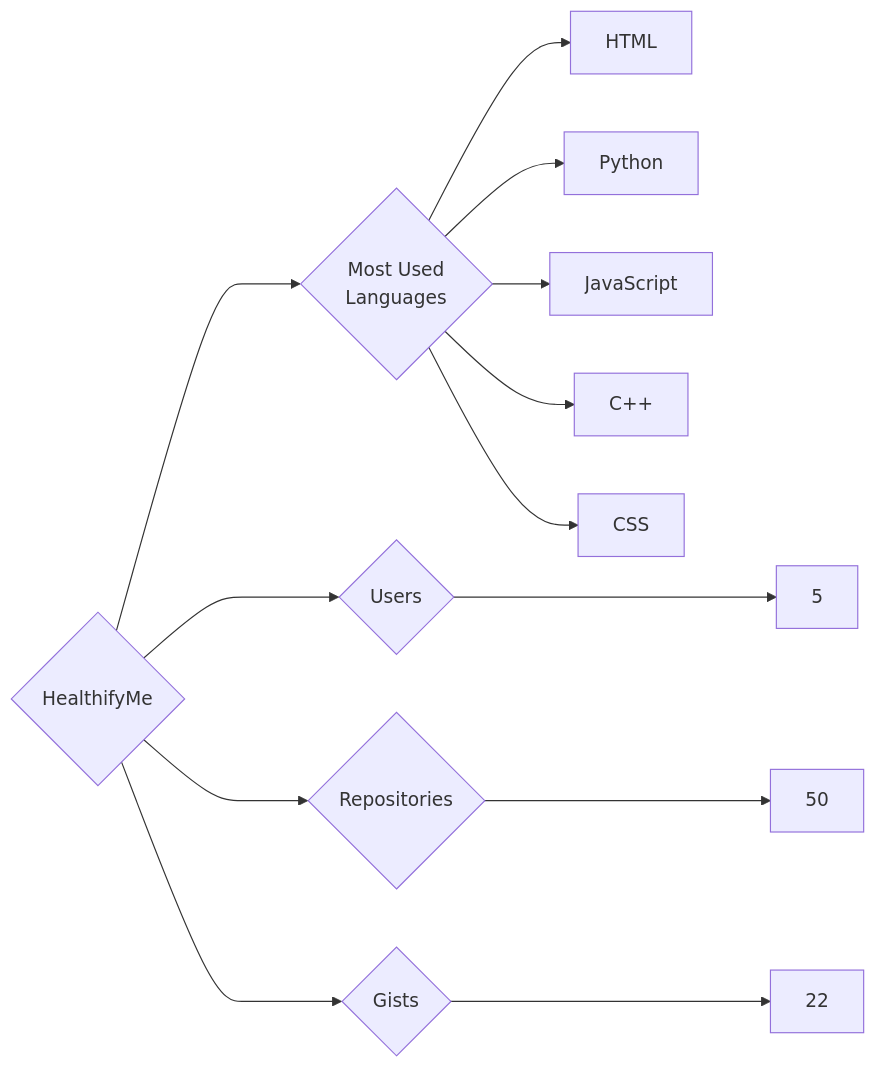
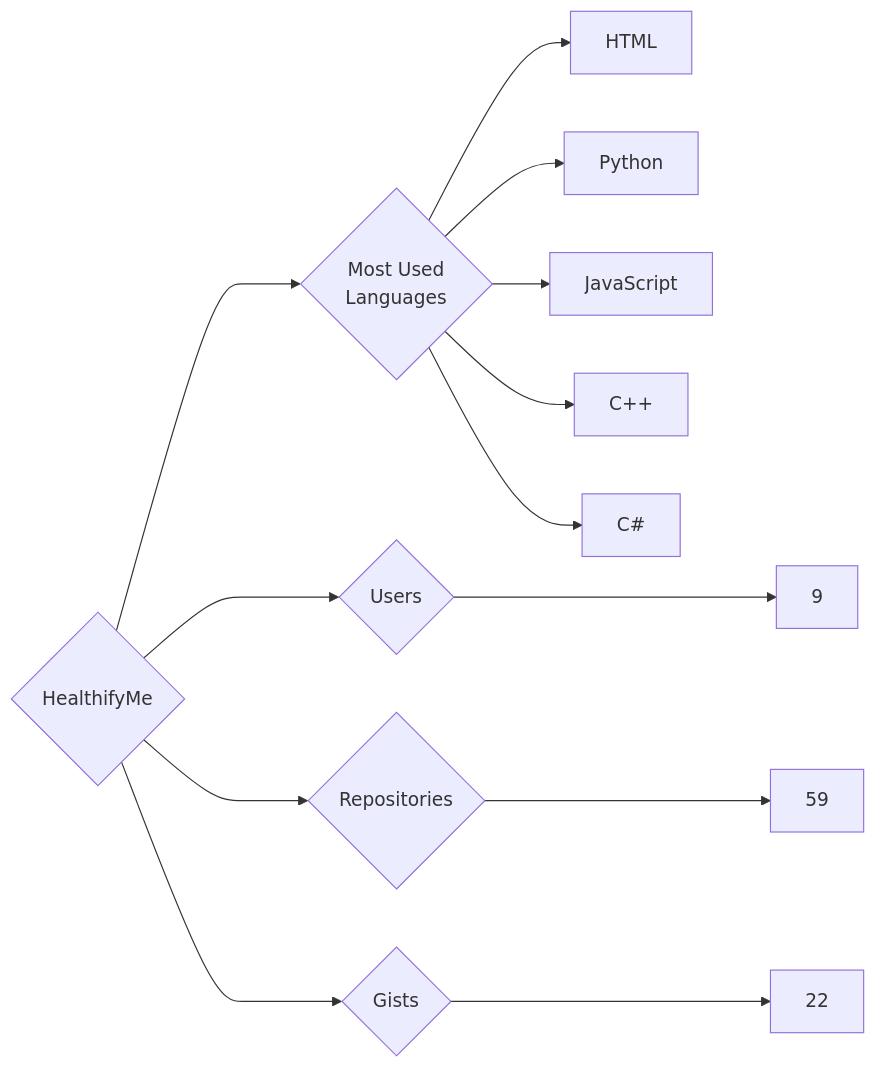
One commit to trickest/insiders changed the diagram in targets/HealthifyMe/README.md. Above: the diagram before and after it, drawn with Mermaid. The commit also changed 865 other files, not shown here.

````diff
--- a/targets/HealthifyMe/README.md
+++ b/targets/HealthifyMe/README.md
@@ -3,13 +3,13 @@
 ```mermaid
 graph LR
 COMPANY_NAME{HealthifyMe}
-COMPANY_NAME ---> U{Users} ---> UN[5]
-COMPANY_NAME ---> R{Repositories} ---> RN[50]
+COMPANY_NAME ---> U{Users} ---> UN[9]
+COMPANY_NAME ---> R{Repositories} ---> RN[59]
 COMPANY_NAME ---> G{Gists} ---> GN[22]
 COMPANY_NAME ---> ML{Most Used<br>Languages}
 ML --> HTML[HTML]
 ML --> Python[Python]
 ML --> JavaScript[JavaScript]
 ML --> C++[C++]
-ML --> CSS[CSS]
+ML --> C#[C#]
 ```
````
